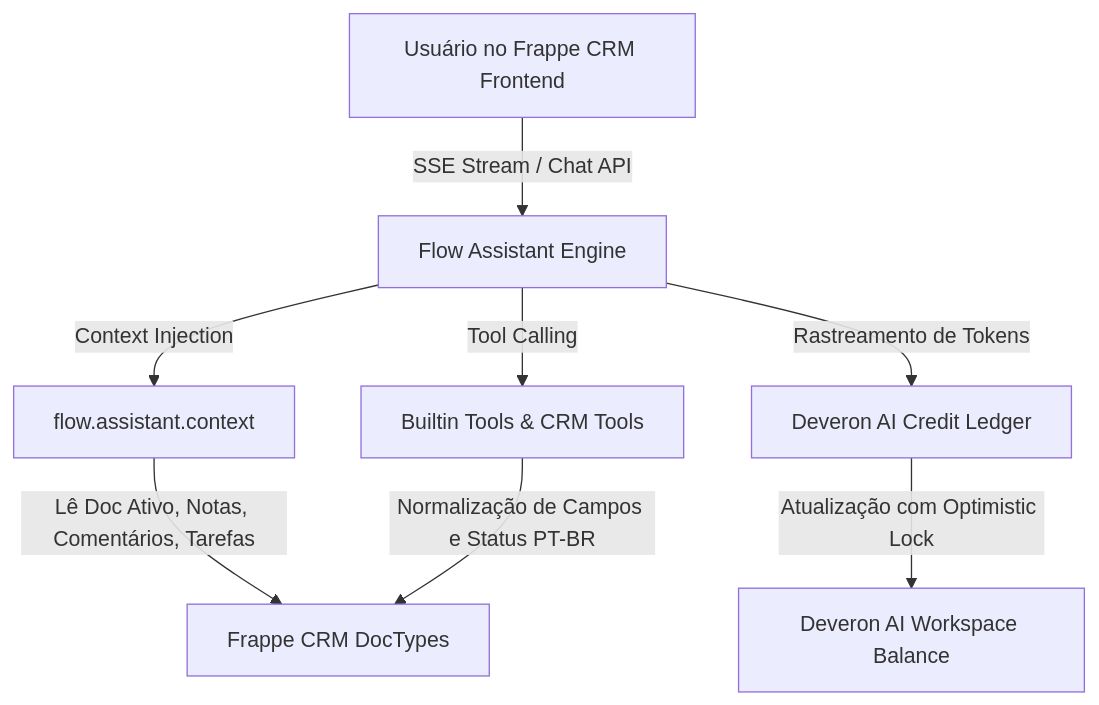
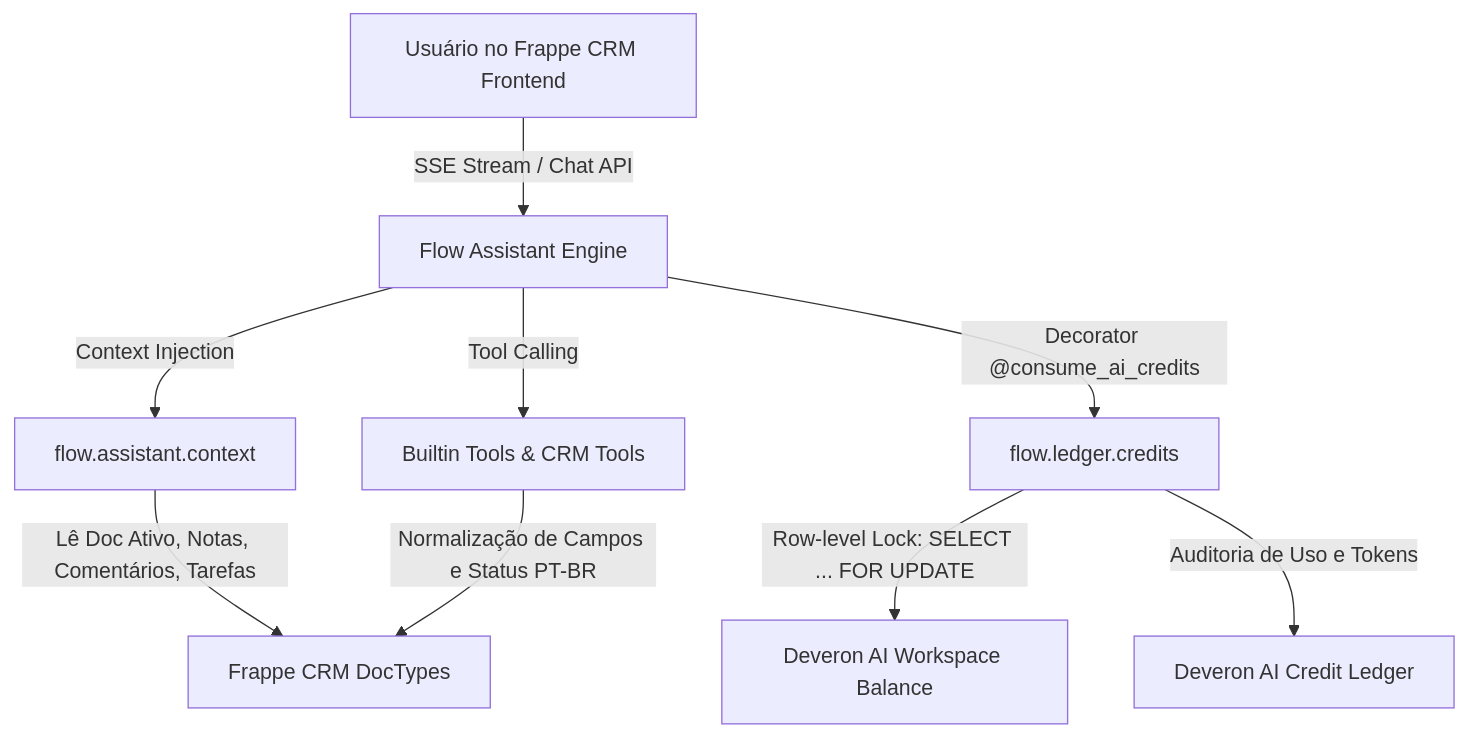
Before and after one commit to deveron-bernardo/copilot_crm: the diagram in AGENTS.md, drawn with Mermaid. The commit also changed other lines of this file, not shown here.

Commit message:
docs: document AI credit ledger architecture and atomic deduction engine in AGENTS.md

````diff
--- a/AGENTS.md
+++ b/AGENTS.md
@@ -49,10 +52,11 @@
 ```mermaid
 graph TD
     A[Usuário no Frappe CRM Frontend] -->|SSE Stream / Chat API| B[Flow Assistant Engine]
     B -->|Context Injection| C[flow.assistant.context]
     C -->|Lê Doc Ativo, Notas, Comentários, Tarefas| D[Frappe CRM DocTypes]
     B -->|Tool Calling| E[Builtin Tools & CRM Tools]
     E -->|Normalização de Campos e Status PT-BR| D
-    B -->|Rastreamento de Tokens| F[Deveron AI Credit Ledger]
-    F -->|Atualização com Optimistic Lock| G[Deveron AI Workspace Balance]
+    B -->|Decorator @consume_ai_credits| F[flow.ledger.credits]
+    F -->|Row-level Lock: SELECT ... FOR UPDATE| G[Deveron AI Workspace Balance]
+    F -->|Auditoria de Uso e Tokens| H[Deveron AI Credit Ledger]
 ```
````
